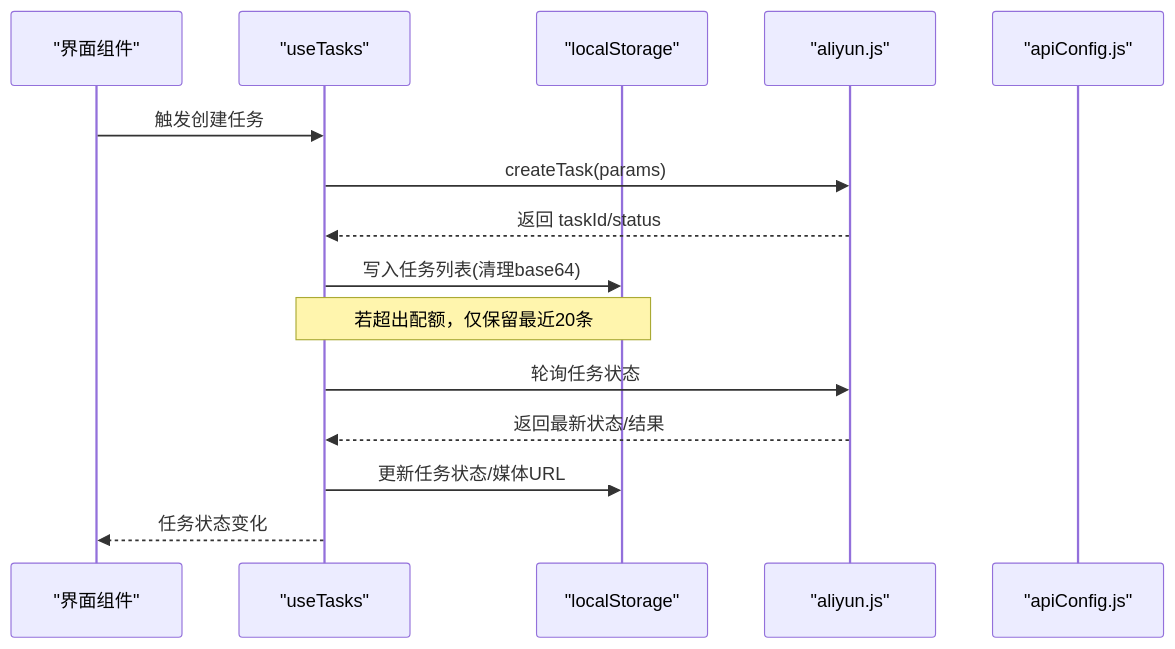
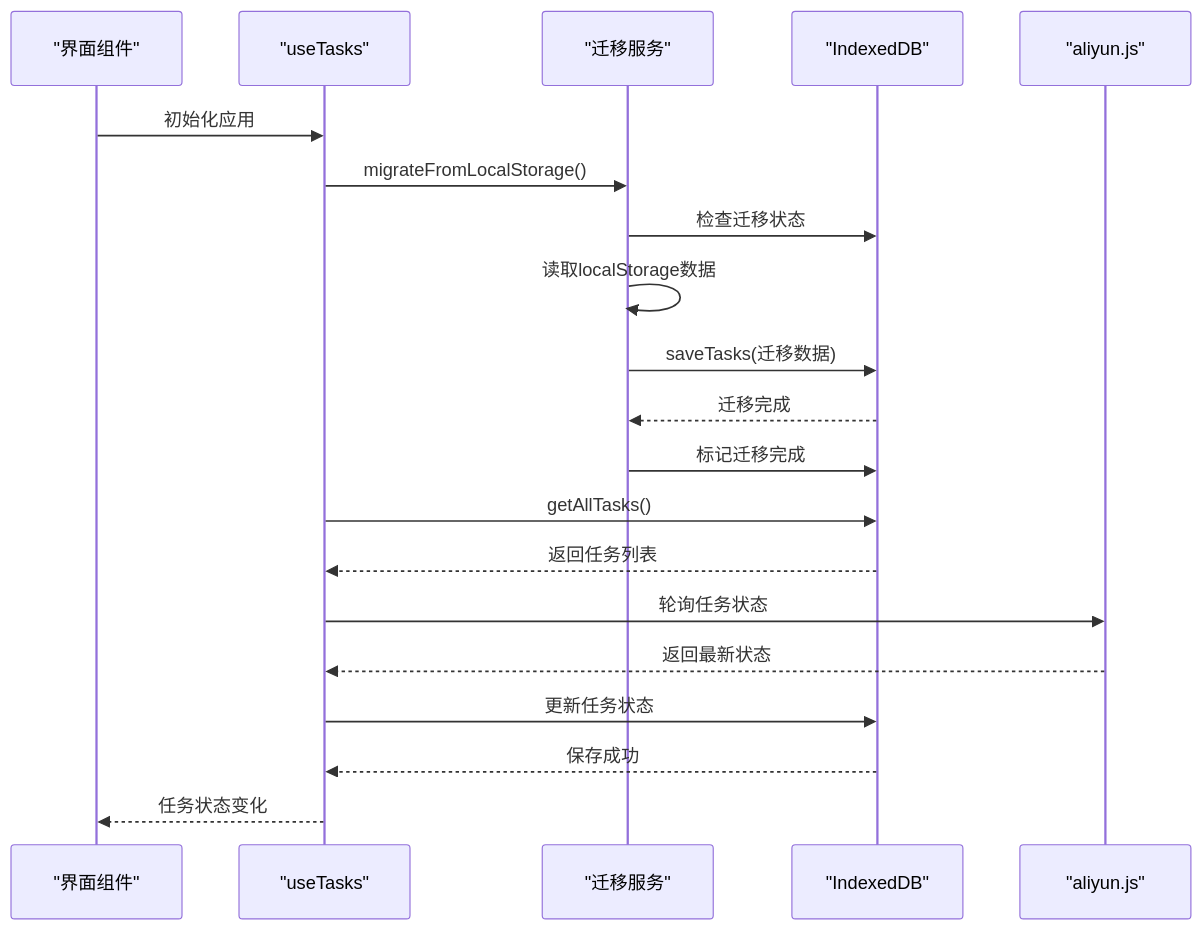
Before and after one commit to alex0001yyy/wan-app: the second of 4 diagrams in .qoder/repowiki/zh/content/架构设计/数据流设计/数据持久化.md, drawn with Mermaid. The commit also changed other lines of this file and 35 other files, not shown here.

````diff
--- a/.qoder/repowiki/zh/content/架构设计/数据流设计/数据持久化.md
+++ b/.qoder/repowiki/zh/content/架构设计/数据流设计/数据持久化.md
@@ -78,17 +116,22 @@
 ```mermaid
 sequenceDiagram
 participant UI as "界面组件"
 participant Hook as "useTasks"
-participant Store as "localStorage"
+participant MIG as "迁移服务"
+participant DB as "IndexedDB"
 participant API as "aliyun.js"
-participant Cfg as "apiConfig.js"
-UI->>Hook : 触发创建任务
-Hook->>API : createTask(params)
-API-->>Hook : 返回 taskId/status
-Hook->>Store : 写入任务列表(清理base64)
-Note over Hook,Store : 若超出配额，仅保留最近20条
+UI->>Hook : 初始化应用
+Hook->>MIG : migrateFromLocalStorage()
+MIG->>DB : 检查迁移状态
+MIG->>MIG : 读取localStorage数据
+MIG->>DB : saveTasks(迁移数据)
+DB-->>MIG : 迁移完成
+MIG->>DB : 标记迁移完成
+Hook->>DB : getAllTasks()
+DB-->>Hook : 返回任务列表
 Hook->>API : 轮询任务状态
-API-->>Hook : 返回最新状态/结果
-Hook->>Store : 更新任务状态/媒体URL
+API-->>Hook : 返回最新状态
+Hook->>DB : 更新任务状态
+DB-->>Hook : 保存成功
 Hook-->>UI : 任务状态变化
 ```
````
